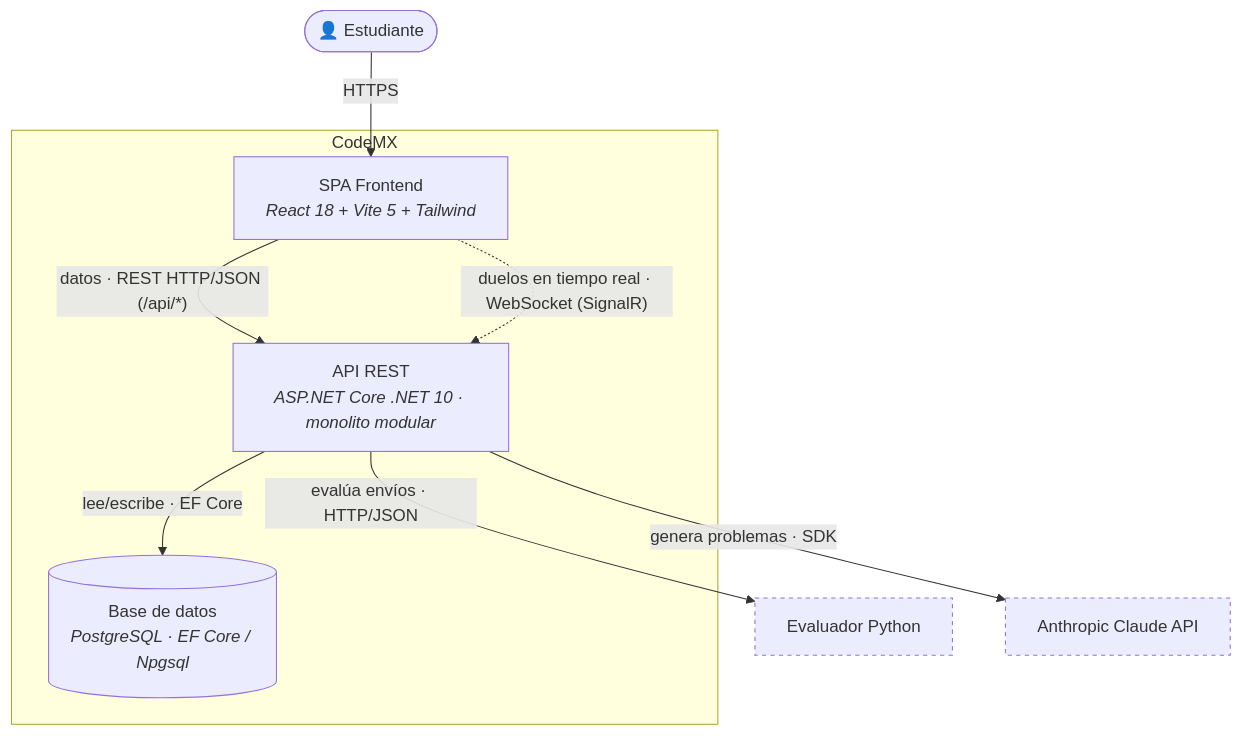
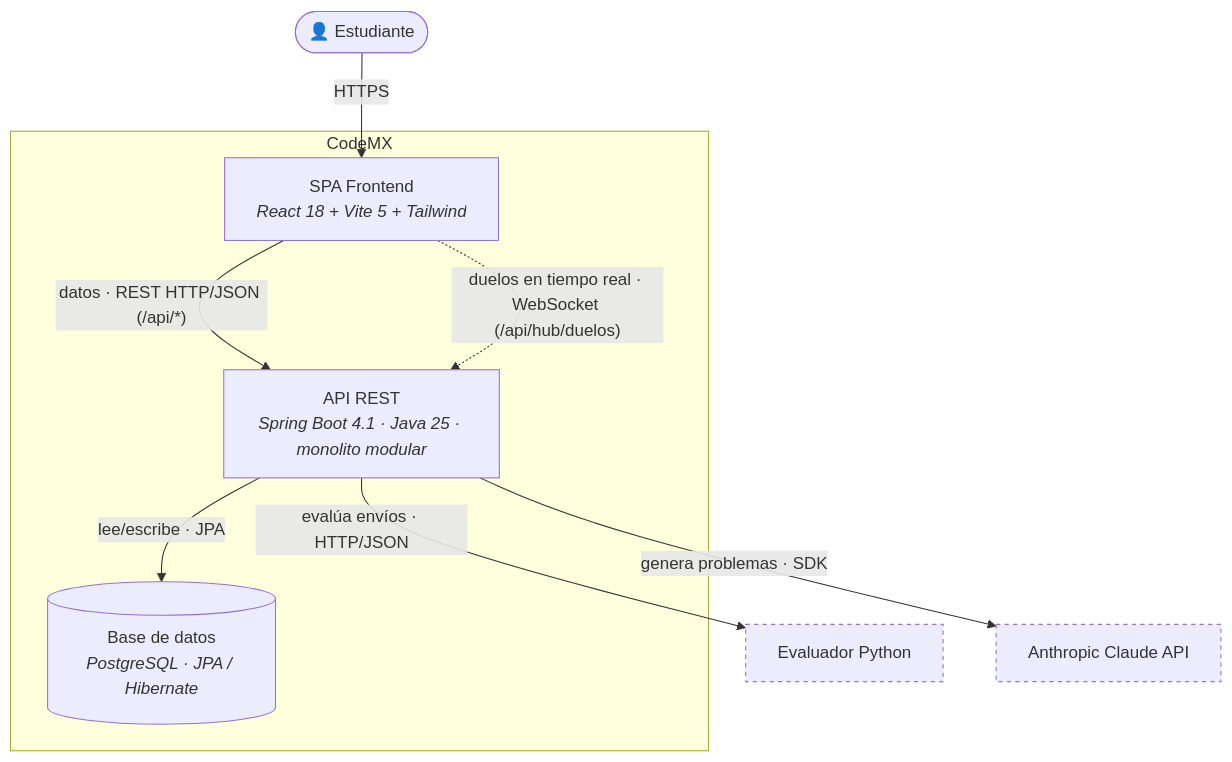
The second of 3 diagrams in README.md (Cab5ter/CodeMX-), drawn with Mermaid before and after one commit. The commit also changed other lines of this file, not shown here.

First line of the commit message:
docs: update README to the Spring Boot stack

````diff
--- a/README.md
+++ b/README.md
@@ -281,23 +315,23 @@
 ```mermaid
 flowchart TB
     est(["👤 Estudiante"])
 
     subgraph codemx["CodeMX"]
         spa["SPA Frontend<br/><i>React 18 + Vite 5 + Tailwind</i>"]
-        api["API REST<br/><i>ASP.NET Core .NET 10 · monolito modular</i>"]
-        db[("Base de datos<br/><i>PostgreSQL · EF Core / Npgsql</i>")]
+        api["API REST<br/><i>Spring Boot 4.1 · Java 25 · monolito modular</i>"]
+        db[("Base de datos<br/><i>PostgreSQL · JPA / Hibernate</i>")]
     end
 
     pyeval["Evaluador Python"]
     claude["Anthropic Claude API"]
 
     est -->|"HTTPS"| spa
     spa -->|"datos · REST HTTP/JSON (/api/*)"| api
-    spa -.->|"duelos en tiempo real · WebSocket (SignalR)"| api
-    api -->|"lee/escribe · EF Core"| db
+    spa -.->|"duelos en tiempo real · WebSocket (/api/hub/duelos)"| api
+    api -->|"lee/escribe · JPA"| db
     api -->|"evalúa envíos · HTTP/JSON"| pyeval
     api -->|"genera problemas · SDK"| claude
 
     classDef ext stroke-dasharray:4 4;
     class pyeval,claude ext;
 ```
````
